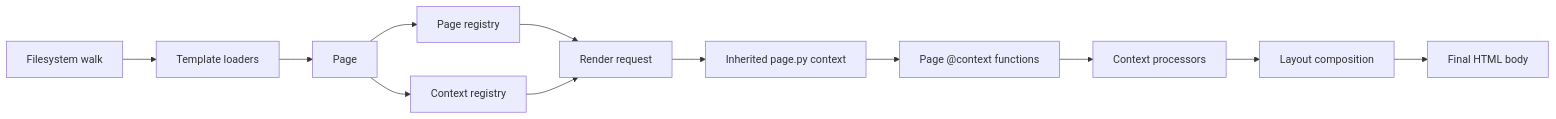
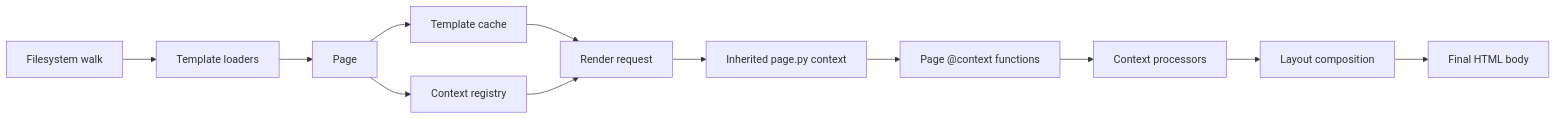
The diagram in docs/content/internals/page-discovery.rst (next-dj/next-dj), drawn with Mermaid before and after one commit. The commit also changed other lines of this file and 98 other files, not shown here.

```diff
--- a/docs/content/internals/page-discovery.rst
+++ b/docs/content/internals/page-discovery.rst
@@ -21,14 +21,14 @@
 .. mermaid::
 
    flowchart LR
        Walk[Filesystem walk] --> Loaders[Template loaders]
        Loaders --> Manager[Page]
-       Manager --> Registry[Page registry]
+       Manager --> TemplateCache[Template cache]
        Manager --> ContextReg[Context registry]
-       Registry --> Render[Render request]
+       TemplateCache --> Render[Render request]
        ContextReg --> Render
        Render --> InheritedCtx[Inherited page.py context]
        InheritedCtx --> PageCtx[Page @context functions]
        PageCtx --> Processors[Context processors]
        Processors --> LayoutCompose[Layout composition]
        LayoutCompose --> Output[Final HTML body]
```
